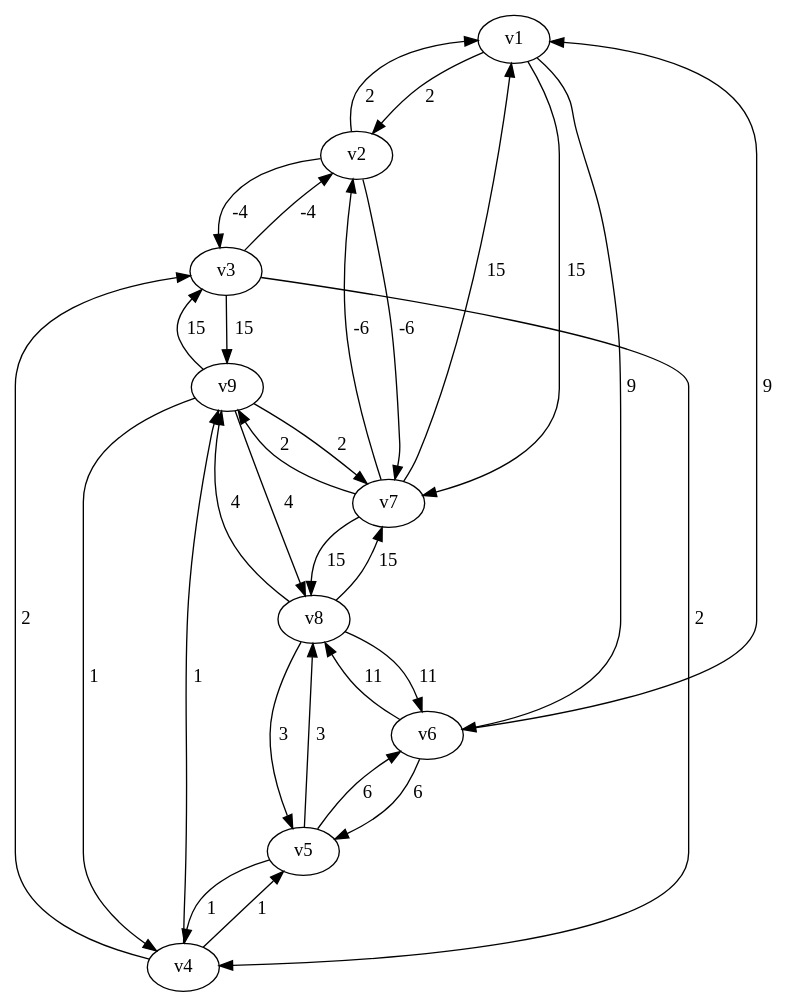
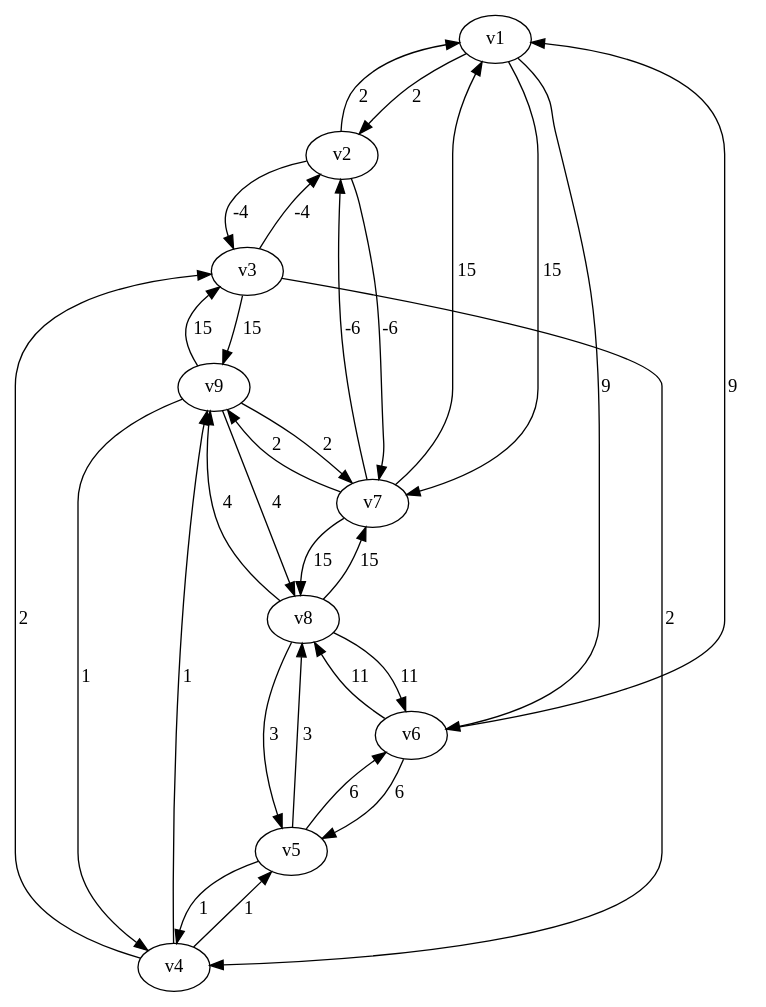
Before and after one commit to MaxPower9001/B-AI3GKAP: the diagram in io/graph_04.dot, drawn with Graphviz. The commit also changed 21 other files, not shown here.

```diff
--- a/io/graph_04.dot
+++ b/io/graph_04.dot
@@ -1,42 +1,42 @@
 digraph graph_04
 {
 v1
 v2
 v6
 v7
 v3
 v4
 v9
 v5
 v8
-v1 -> v2 [label=" 2  "]
-v1 -> v6 [label=" 9  "]
-v1 -> v7 [label=" 15  "]
-v2 -> v1 [label=" 2  "]
-v2 -> v7 [label=" -6  "]
-v2 -> v3 [label=" -4  "]
-v6 -> v1 [label=" 9  "]
-v6 -> v5 [label=" 6  "]
-v6 -> v8 [label=" 11  "]
-v7 -> v1 [label=" 15  "]
-v7 -> v2 [label=" -6  "]
-v7 -> v9 [label=" 2  "]
-v7 -> v8 [label=" 15  "]
-v3 -> v2 [label=" -4  "]
-v3 -> v4 [label=" 2  "]
-v3 -> v9 [label=" 15  "]
-v4 -> v3 [label=" 2  "]
-v4 -> v9 [label=" 1  "]
-v4 -> v5 [label=" 1  "]
-v9 -> v7 [label=" 2  "]
-v9 -> v3 [label=" 15  "]
-v9 -> v4 [label=" 1  "]
-v9 -> v8 [label=" 4  "]
-v5 -> v6 [label=" 6  "]
-v5 -> v4 [label=" 1  "]
-v5 -> v8 [label=" 3  "]
-v8 -> v6 [label=" 11  "]
-v8 -> v7 [label=" 15  "]
-v8 -> v9 [label=" 4  "]
-v8 -> v5 [label=" 3  "]
+v1 -> v2 [label="2  "]
+v1 -> v6 [label="9  "]
+v1 -> v7 [label="15  "]
+v2 -> v1 [label="2  "]
+v2 -> v7 [label="-6  "]
+v2 -> v3 [label="-4  "]
+v6 -> v1 [label="9  "]
+v6 -> v5 [label="6  "]
+v6 -> v8 [label="11  "]
+v7 -> v1 [label="15  "]
+v7 -> v2 [label="-6  "]
+v7 -> v9 [label="2  "]
+v7 -> v8 [label="15  "]
+v3 -> v2 [label="-4  "]
+v3 -> v4 [label="2  "]
+v3 -> v9 [label="15  "]
+v4 -> v3 [label="2  "]
+v4 -> v9 [label="1  "]
+v4 -> v5 [label="1  "]
+v9 -> v7 [label="2  "]
+v9 -> v3 [label="15  "]
+v9 -> v4 [label="1  "]
+v9 -> v8 [label="4  "]
+v5 -> v6 [label="6  "]
+v5 -> v4 [label="1  "]
+v5 -> v8 [label="3  "]
+v8 -> v6 [label="11  "]
+v8 -> v7 [label="15  "]
+v8 -> v9 [label="4  "]
+v8 -> v5 [label="3  "]
 }
```
